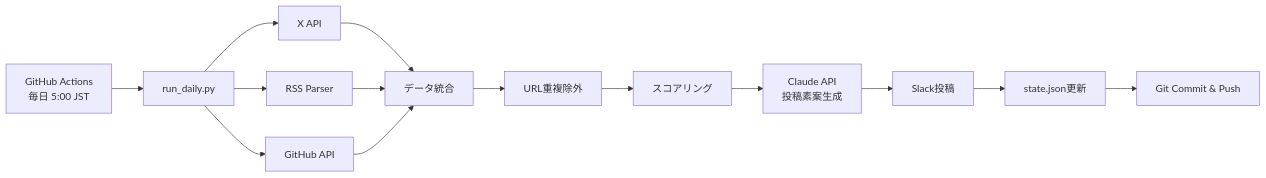
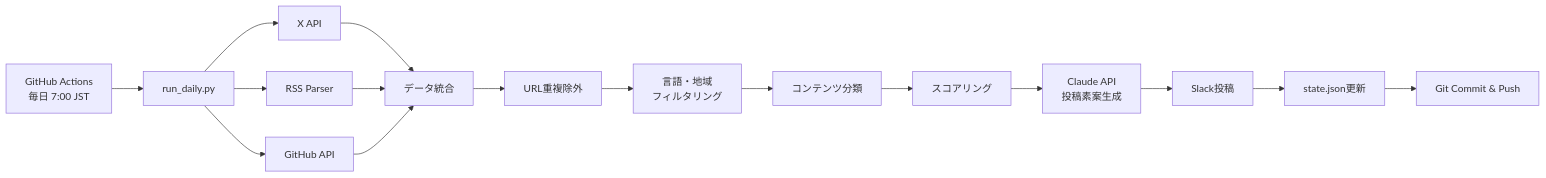
One commit to h-ucchi/ai-daily-news changed the first of 2 diagrams in README.md. Above: the diagram before and after it, drawn with Mermaid. The commit also changed other lines of this file, not shown here.

````diff
--- a/README.md
+++ b/README.md
@@ -129,16 +174,18 @@
 ```mermaid
 graph LR
-    A[GitHub Actions<br/>毎日 5:00 JST] --> B[run_daily.py]
+    A[GitHub Actions<br/>毎日 7:00 JST] --> B[run_daily.py]
     B --> C1[X API]
     B --> C2[RSS Parser]
     B --> C3[GitHub API]
     C1 --> D[データ統合]
     C2 --> D
     C3 --> D
     D --> E[URL重複除外]
-    E --> F[スコアリング]
-    F --> G[Claude API<br/>投稿素案生成]
-    G --> H[Slack投稿]
-    H --> I[state.json更新]
-    I --> J[Git Commit & Push]
+    E --> F1[言語・地域<br/>フィルタリング]
+    F1 --> F2[コンテンツ分類]
+    F2 --> G[スコアリング]
+    G --> H[Claude API<br/>投稿素案生成]
+    H --> I[Slack投稿]
+    I --> J[state.json更新]
+    J --> K[Git Commit & Push]
 ```
````
